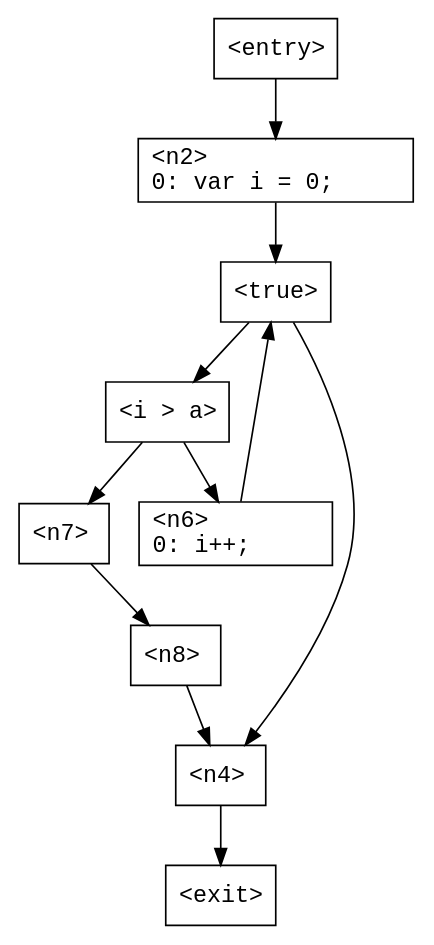
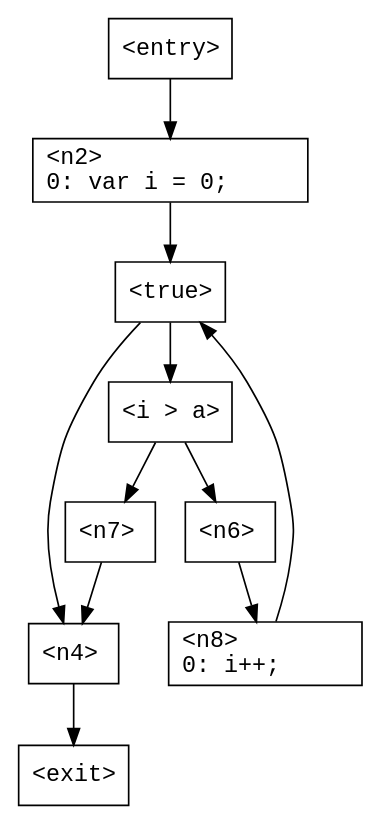
The diagram in TarpTests/Cfg/Data/TestWhileBreak.gv (ashalkhakov/Tarp), drawn with Graphviz before and after one commit. The commit also changed 28 other files, not shown here.

```diff
--- a/TarpTests/Cfg/Data/TestWhileBreak.gv
+++ b/TarpTests/Cfg/Data/TestWhileBreak.gv
@@ -1,40 +1,40 @@
 digraph G
 {
     n0 [ shape = "box"
              fontname = "Monospace"
              label = "<entry>\l" ];
       n0 -> n2;
     n1 [ shape = "box"
              fontname = "Monospace"
              label = "<exit>\l" ];
     n2 [ shape = "box"
              fontname = "Monospace"
              label = "<n2>\l0:	var i = 0;\l" ];
       n2 -> n3;
     n3 [ shape = "box"
              fontname = "Monospace"
              label = "<true>\l" ];
       n3 -> n5;
       n3 -> n4;
     n4 [ shape = "box"
              fontname = "Monospace"
              label = "<n4>\l" ];
       n4 -> n1;
     n5 [ shape = "box"
              fontname = "Monospace"
              label = "<i > a>\l" ];
       n5 -> n7;
       n5 -> n6;
     n6 [ shape = "box"
              fontname = "Monospace"
-             label = "<n6>\l0:	i++;\l" ];
-      n6 -> n3;
+             label = "<n6>\l" ];
+      n6 -> n8;
     n7 [ shape = "box"
              fontname = "Monospace"
              label = "<n7>\l" ];
-      n7 -> n8;
+      n7 -> n4;
     n8 [ shape = "box"
              fontname = "Monospace"
-             label = "<n8>\l" ];
-      n8 -> n4;
+             label = "<n8>\l0:	i++;\l" ];
+      n8 -> n3;
 }
```
